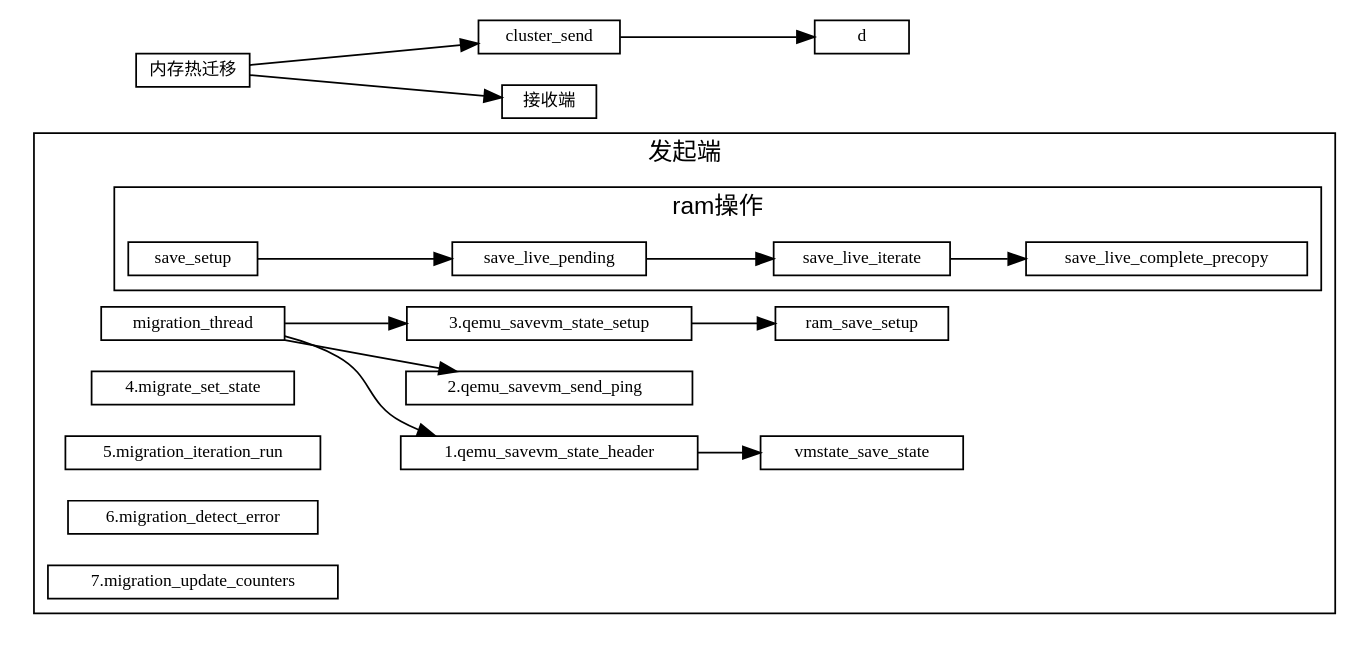
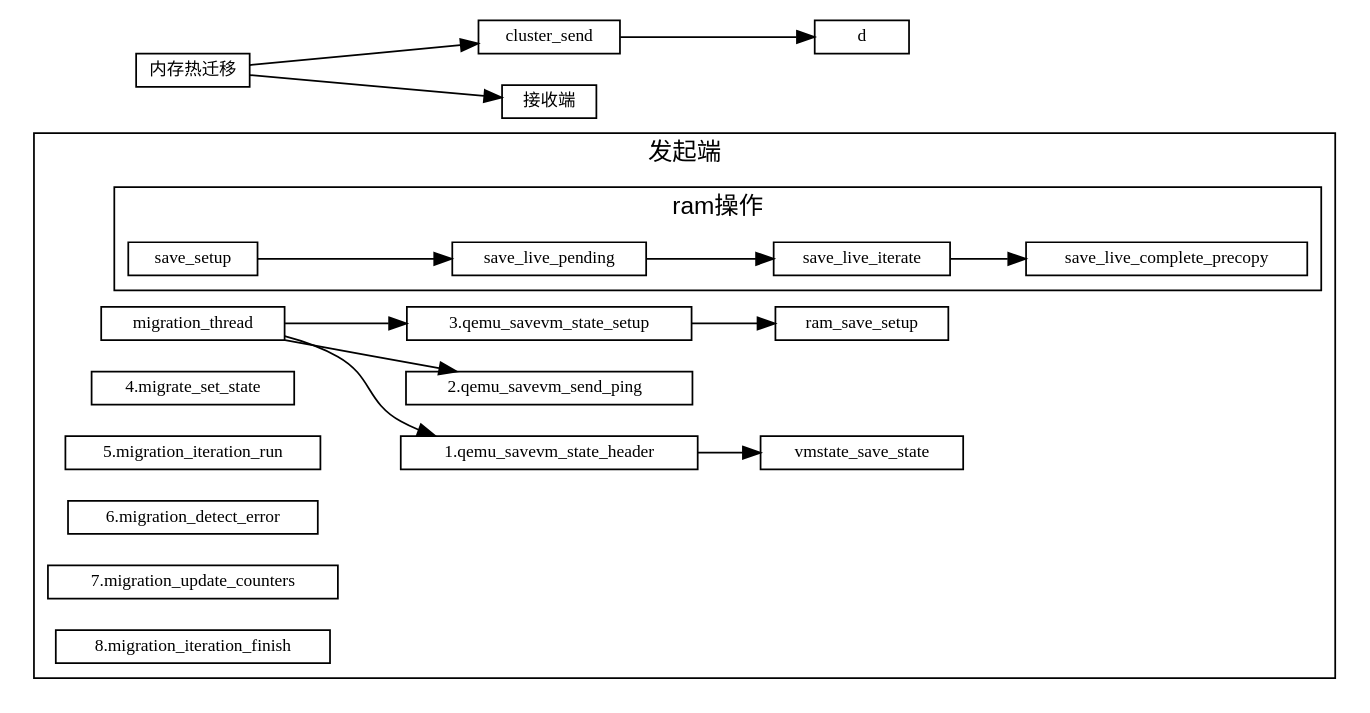
Before and after one commit to sisyphus1212/note: the diagram in 虚拟化/热迁移/1-内存热迁移.md, drawn with Graphviz.

Commit message:
auto_update

````diff
--- a/虚拟化/热迁移/1-内存热迁移.md
+++ b/虚拟化/热迁移/1-内存热迁移.md
@@ -11,38 +11,39 @@
 ```graphviz
 digraph 热迁移 {
 fontname="Helvetica,Arial,sans-serif"
 //node [fontname="Helvetica,Arial,sans-serif"]
 //edge [fontname="Helvetica,Arial,sans-serif"]
 rankdir="LR"
 node [fontsize=10, shape=box, height=0.25]
 edge [fontsize=10]
 
   subgraph send {
     cluster=true;
     label="发起端";
     migration_thread -> "1.qemu_savevm_state_header" -> vmstate_save_state;
     migration_thread -> "2.qemu_savevm_send_ping  ";
     migration_thread -> "3.qemu_savevm_state_setup" ->
                         ram_save_setup;
                         "4.migrate_set_state";
                         "5.migration_iteration_run";
                         "6.migration_detect_error";
                         "7.migration_update_counters";
+                        "8.migration_iteration_finish";
 
     subgraph ram_opts {
       cluster=true;
       label="ram操作";
       save_setup ->
       save_live_pending ->
       save_live_iterate ->
       save_live_complete_precopy;
     }
   }
 
 内存热迁移 [label="内存热迁移"]
 内存热迁移 -> cluster_send
            -> d
 
 内存热迁移 -> 接收端
 }
 ```
````
